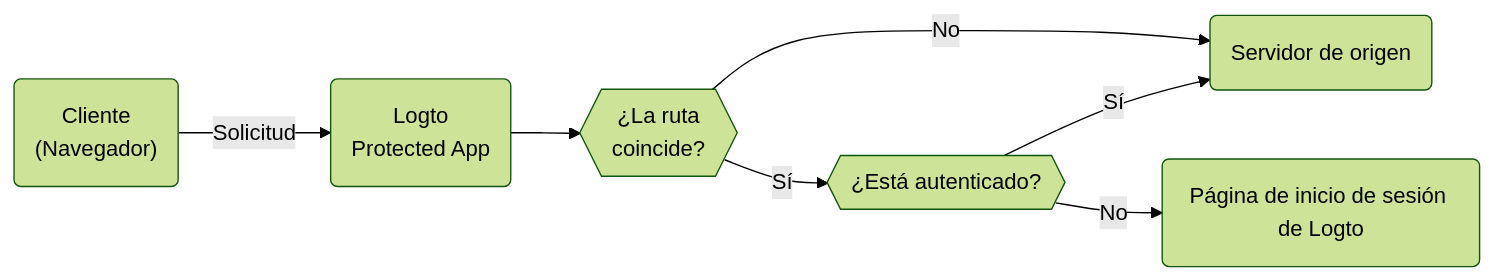
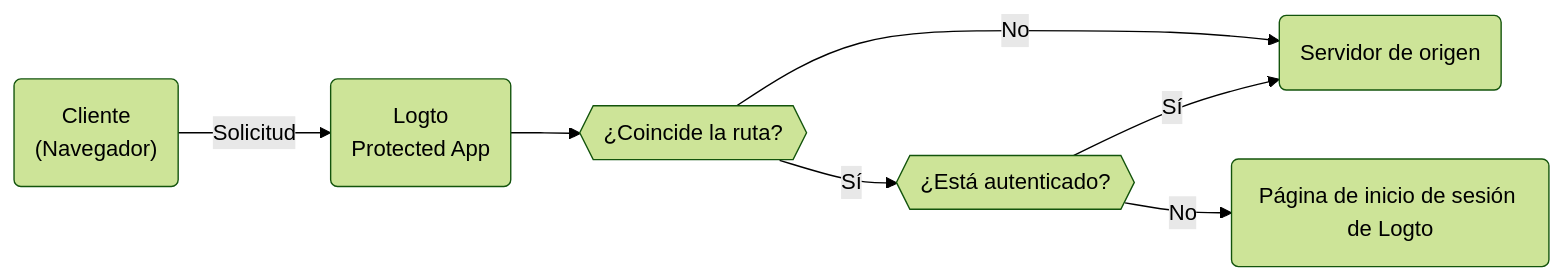
Before and after one commit to logto-io/docs: the diagram in i18n/es/docusaurus-plugin-content-docs/current/integrate-logto/protected-app.mdx, drawn with Mermaid (forest theme). The commit also changed other lines of this file and 53 other files, not shown here.

````diff
--- a/i18n/es/docusaurus-plugin-content-docs/current/integrate-logto/protected-app.mdx
+++ b/i18n/es/docusaurus-plugin-content-docs/current/integrate-logto/protected-app.mdx
@@ -19,9 +21,9 @@
 ```mermaid
 graph LR
   A("Cliente<br/>(Navegador)") -->|Solicitud| B(Logto<br/>Protected App)
-  B --> Condition{{¿La ruta<br/>coincide?}}
-  Condition -->|Sí| Matched{{¿Está autenticado?}}
+  B --> Condition{{¿Coincide la ruta?<br/>}}
+  Condition -->|Sí| Matched{{¿Está autenticado?<br/>}}
   Matched -->|Sí| C(Servidor de origen)
   Matched -->|No| D(Página de inicio de sesión de Logto)
   Condition -->|No| C
 ```
````
